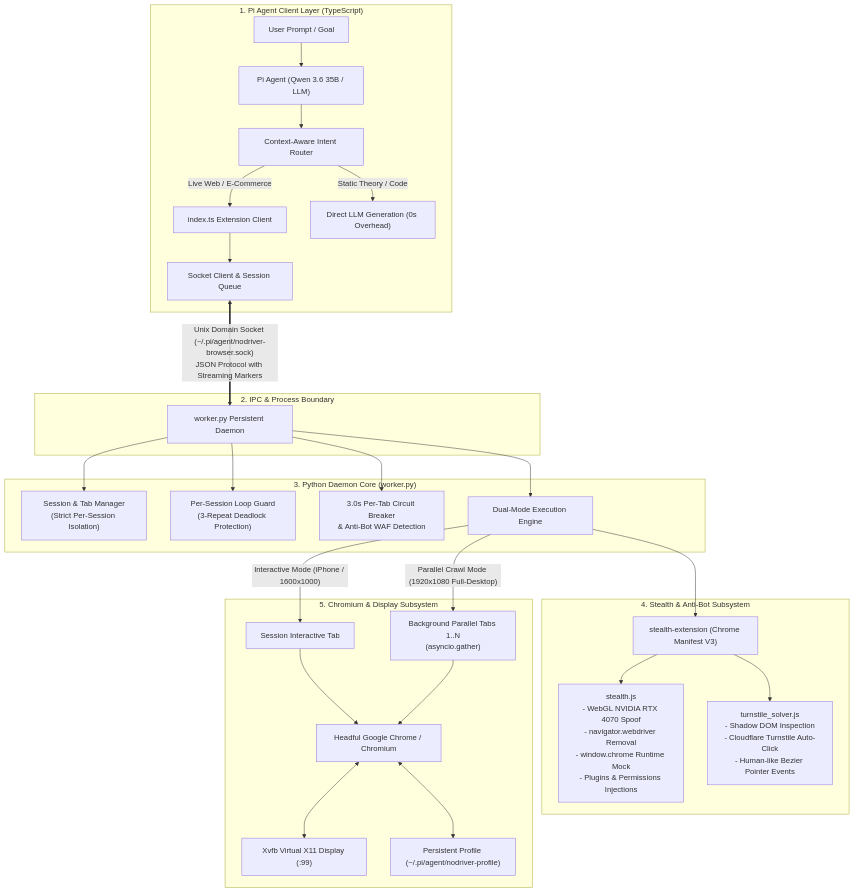
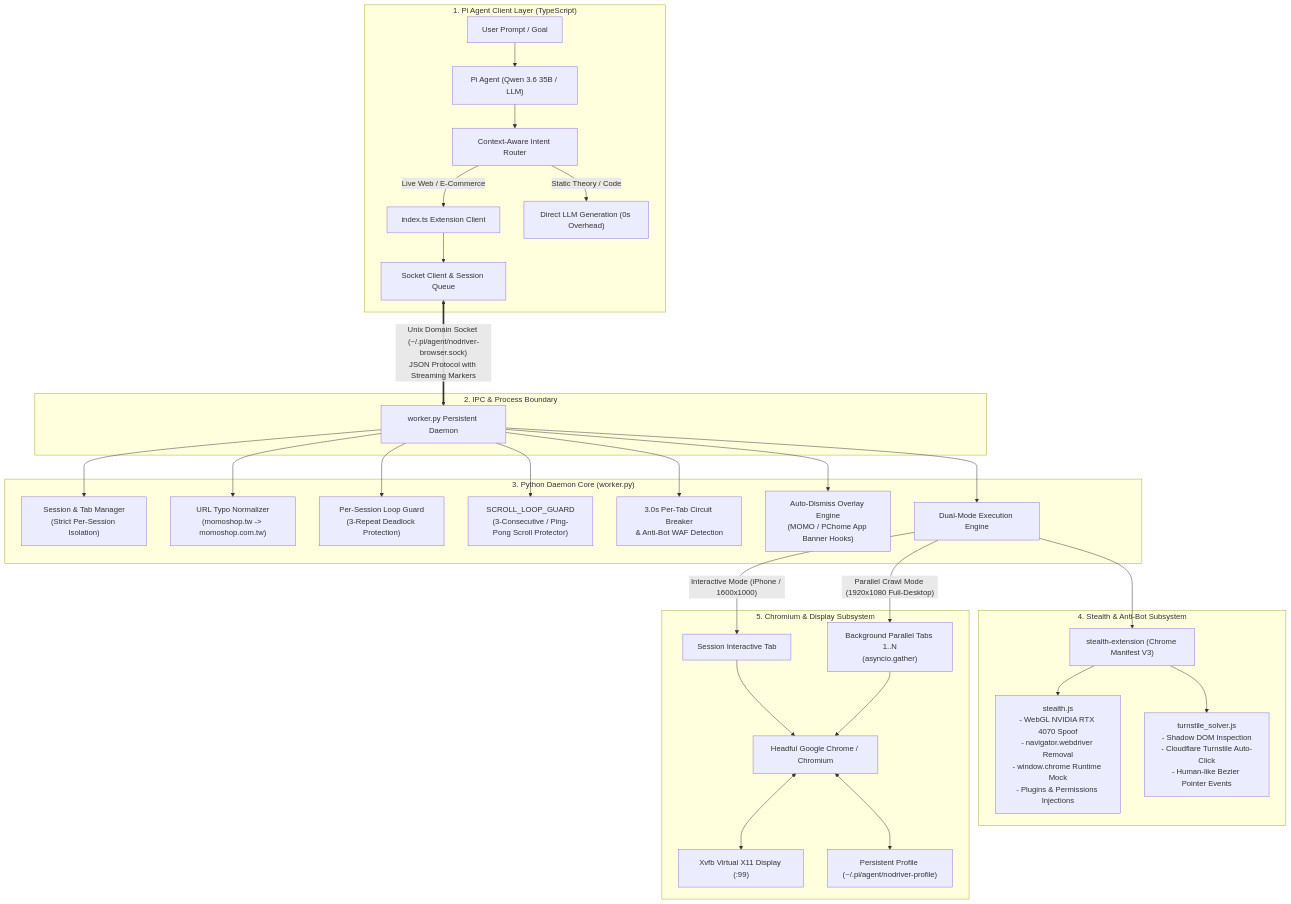
Before and after one commit to AyaSakura-comp/pi-nodriver-browser: the first of 4 diagrams in README.md, drawn with Mermaid. The commit also changed other lines of this file, not shown here.

Commit message:
docs: Update SW architecture, auto-dismiss overlay engine, spec drawer workflow, and real-world case studies

````diff
--- a/README.md
+++ b/README.md
@@ -18,36 +18,39 @@
 ```mermaid
 flowchart TB
     subgraph ClientLayer["1. Pi Agent Client Layer (TypeScript)"]
         UI["User Prompt / Goal"] --> AGENT["Pi Agent (Qwen 3.6 35B / LLM)"]
         AGENT --> ROUTER["Context-Aware Intent Router"]
         ROUTER -->|"Live Web / E-Commerce"| EXT["index.ts Extension Client"]
         ROUTER -->|"Static Theory / Code"| DIRECT["Direct LLM Generation (0s Overhead)"]
         EXT --> IPC_CLIENT["Socket Client & Session Queue"]
     end
 
     subgraph IPCLayer["2. IPC & Process Boundary"]
         IPC_CLIENT <==>|"Unix Domain Socket (~/.pi/agent/nodriver-browser.sock)\nJSON Protocol with Streaming Markers"| DAEMON["worker.py Persistent Daemon"]
     end
 
     subgraph DaemonLayer["3. Python Daemon Core (worker.py)"]
         DAEMON --> SESSIONS["Session & Tab Manager\n(Strict Per-Session Isolation)"]
+        DAEMON --> URL_NORM["URL Typo Normalizer\n(momoshop.tw -> momoshop.com.tw)"]
         DAEMON --> GUARD["Per-Session Loop Guard\n(3-Repeat Deadlock Protection)"]
+        DAEMON --> SCROLL_GUARD["SCROLL_LOOP_GUARD\n(3-Consecutive / Ping-Pong Scroll Protector)"]
         DAEMON --> BREAKER["3.0s Per-Tab Circuit Breaker\n& Anti-Bot WAF Detection"]
+        DAEMON --> AUTO_DISMISS["Auto-Dismiss Overlay Engine\n(MOMO / PChome App Banner Hooks)"]
         DAEMON --> ENGINE["Dual-Mode Execution Engine"]
     end
 
     subgraph StealthLayer["4. Stealth & Anti-Bot Subsystem"]
         ENGINE --> STEALTH_EXT["stealth-extension (Chrome Manifest V3)"]
         STEALTH_EXT --> S_STEALTH["stealth.js\n- WebGL NVIDIA RTX 4070 Spoof\n- navigator.webdriver Removal\n- window.chrome Runtime Mock\n- Plugins & Permissions Injections"]
         STEALTH_EXT --> S_SOLVER["turnstile_solver.js\n- Shadow DOM Inspection\n- Cloudflare Turnstile Auto-Click\n- Human-like Bezier Pointer Events"]
     end
 
     subgraph BrowserLayer["5. Chromium & Display Subsystem"]
         ENGINE -->|"Interactive Mode (iPhone / 1600x1000)"| TAB_ACTIVE["Session Interactive Tab"]
         ENGINE -->|"Parallel Crawl Mode (1920x1080 Full-Desktop)"| TABS_POOL["Background Parallel Tabs 1..N\n(asyncio.gather)"]
         TAB_ACTIVE --> CHROME["Headful Google Chrome / Chromium"]
         TABS_POOL --> CHROME
         CHROME <--> XVFB["Xvfb Virtual X11 Display (:99)"]
         CHROME <--> PROFILE["Persistent Profile (~/.pi/agent/nodriver-profile)"]
     end
 ```
````
